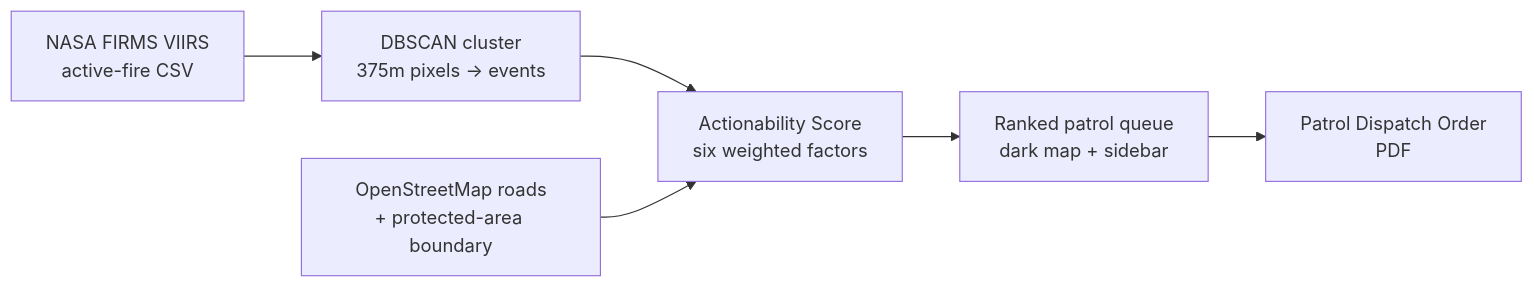
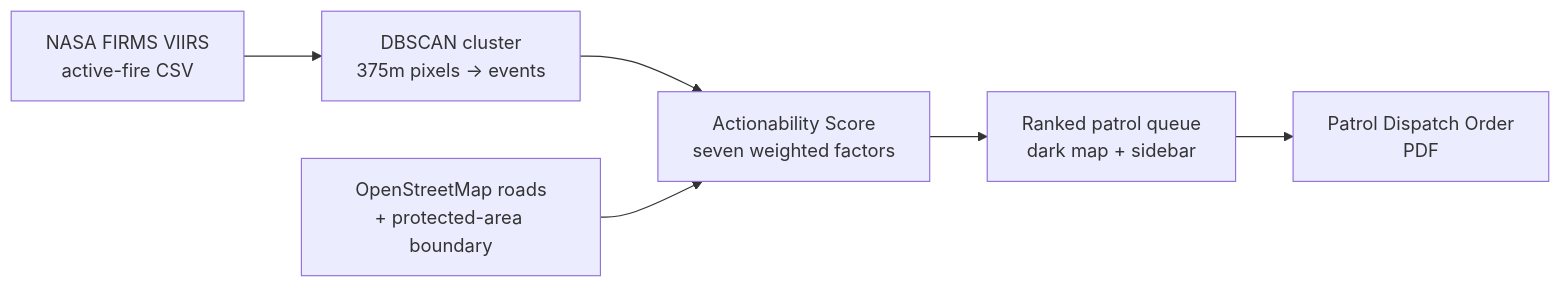
Before and after one commit to biyonjose10/rangefinder: the diagram in README.md, drawn with Mermaid. The commit also changed other lines of this file and 6 other files, not shown here.

````diff
--- a/README.md
+++ b/README.md
@@ -54,8 +54,8 @@
 ```mermaid
 flowchart LR
     A[NASA FIRMS VIIRS<br/>active-fire CSV] --> B[DBSCAN cluster<br/>375m pixels → events]
-    B --> C[Actionability Score<br/>six weighted factors]
+    B --> C[Actionability Score<br/>seven weighted factors]
     D[OpenStreetMap roads<br/>+ protected-area boundary] --> C
     C --> E[Ranked patrol queue<br/>dark map + sidebar]
     E --> F[Patrol Dispatch Order<br/>PDF]
 ```
````
